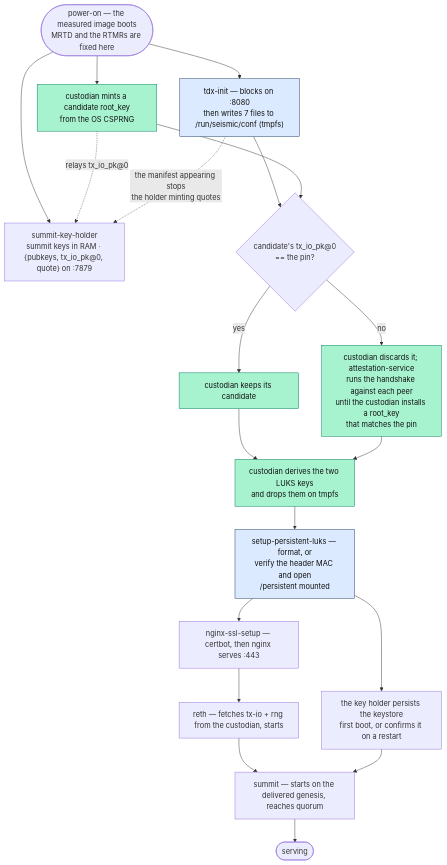
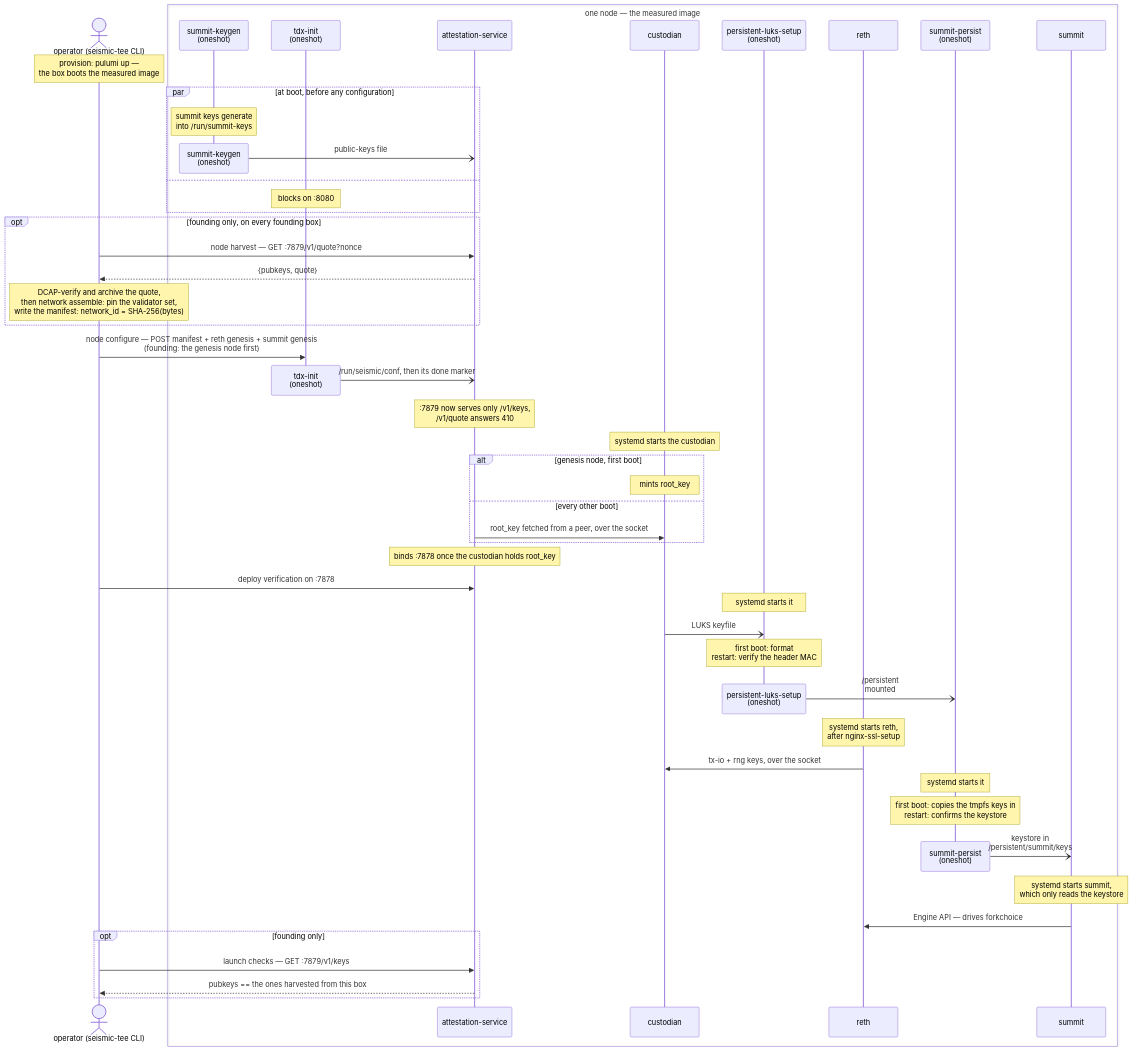
The diagram in docs/tee/architecture.md (SeismicSystems/seismic), drawn with Mermaid before and after one commit. The commit also changed other lines of this file and 7 other files, not shown here.

First line of the commit message:
docs(tee): carry summit's keys through setup units, one TPM user (SEI-769)

````diff
--- a/docs/tee/architecture.md
+++ b/docs/tee/architecture.md
@@ -512,32 +158,60 @@
 ```mermaid
-flowchart TD
-    B(["power-on — the measured image boots<br/>MRTD and the RTMRs are fixed here"])
-    KH["summit-key-holder<br/>summit keys in RAM · {pubkeys, tx_io_pk@0, quote} on :7879"]
-    CC["custodian mints a candidate root_key<br/>from the OS CSPRNG"]
-    T["tdx-init — blocks on :8080<br/>then writes 7 files to /run/seismic/conf (tmpfs)"]
-    C{"candidate's tx_io_pk@0<br/>== the pin?"}
-    G["custodian keeps its candidate"]
-    F["custodian discards it; attestation-service<br/>runs the handshake against each peer<br/>until the custodian installs a root_key<br/>that matches the pin"]
-    K["custodian derives the two LUKS keys<br/>and drops them on tmpfs"]
-    L["setup-persistent-luks — format, or<br/>verify the header MAC and open<br/>/persistent mounted"]
-    N["nginx-ssl-setup — certbot, then nginx serves :443"]
-    R["reth — fetches tx-io + rng from the custodian, starts"]
-    P["the key holder persists the keystore<br/>first boot, or confirms it on a restart"]
-    S["summit — starts on the delivered genesis, reaches quorum"]
-    OK(["serving"])
+sequenceDiagram
+    actor O as operator (seismic-tee CLI)
+    box one node — the measured image
+        participant KG as summit-keygen<br/>(oneshot)
+        participant TI as tdx-init<br/>(oneshot)
+        participant AS as attestation-service
+        participant CU as custodian
+        participant LK as persistent-luks-setup<br/>(oneshot)
+        participant RE as reth
+        participant SP as summit-persist<br/>(oneshot)
+        participant SU as summit
+    end
 
-    B --> KH
-    B --> CC -.->|"relays tx_io_pk@0"| KH
-    B --> T --> C
-    CC --> C
-    C -- yes --> G --> K
-    C -- no --> F --> K
-    K --> L --> N --> R --> S --> OK
-    L --> P --> S
-    T -.->|"the manifest appearing stops<br/>the holder minting quotes"| KH
+    Note over O: provision: pulumi up —<br/>the box boots the measured image
+    par at boot, before any configuration
+        Note over KG: summit keys generate<br/>into /run/summit-keys
+        destroy KG
+        KG-)AS: public-keys file
+    and
+        Note over TI: blocks on :8080
+    end
 
-    classDef secret fill:#a7f3d0,stroke:#047857,color:#111;
-    classDef pinned fill:#dbeafe,stroke:#1e3a5f,color:#111;
-    class CC,G,F,K secret;
-    class T,L pinned;
+    opt founding only, on every founding box
+        O->>AS: node harvest — GET :7879/v1/quote?nonce
+        AS-->>O: {pubkeys, quote}
+        Note over O: DCAP-verify and archive the quote,<br/>then network assemble: pin the validator set,<br/>write the manifest: network_id = SHA-256(bytes)
+    end
+
+    O->>TI: node configure — POST manifest + reth genesis + summit genesis<br/>(founding: the genesis node first)
+    destroy TI
+    TI-)AS: /run/seismic/conf, then its done marker
+    Note over AS: :7879 now serves only /v1/keys,<br/>/v1/quote answers 410
+    Note over CU: systemd starts the custodian
+    alt genesis node, first boot
+        Note over CU: mints root_key
+    else every other boot
+        AS->>CU: root_key fetched from a peer, over the socket
+    end
+    Note over AS: binds :7878 once the custodian holds root_key
+    O->>AS: deploy verification on :7878
+    Note over LK: systemd starts it
+    CU-)LK: LUKS keyfile
+    Note over LK: first boot: format<br/>restart: verify the header MAC
+    destroy LK
+    LK-)SP: /persistent<br/>mounted
+    Note over RE: systemd starts reth,<br/>after nginx-ssl-setup
+    RE->>CU: tx-io + rng keys, over the socket
+    Note over SP: systemd starts it
+    Note over SP: first boot: copies the tmpfs keys in<br/>restart: confirms the keystore
+    destroy SP
+    SP-)SU: keystore in<br/>/persistent/summit/keys
+    Note over SU: systemd starts summit,<br/>which only reads the keystore
+    SU->>RE: Engine API — drives forkchoice
+
+    opt founding only
+        O->>AS: launch checks — GET :7879/v1/keys
+        AS-->>O: pubkeys == the ones harvested from this box
+    end
 ```
````
